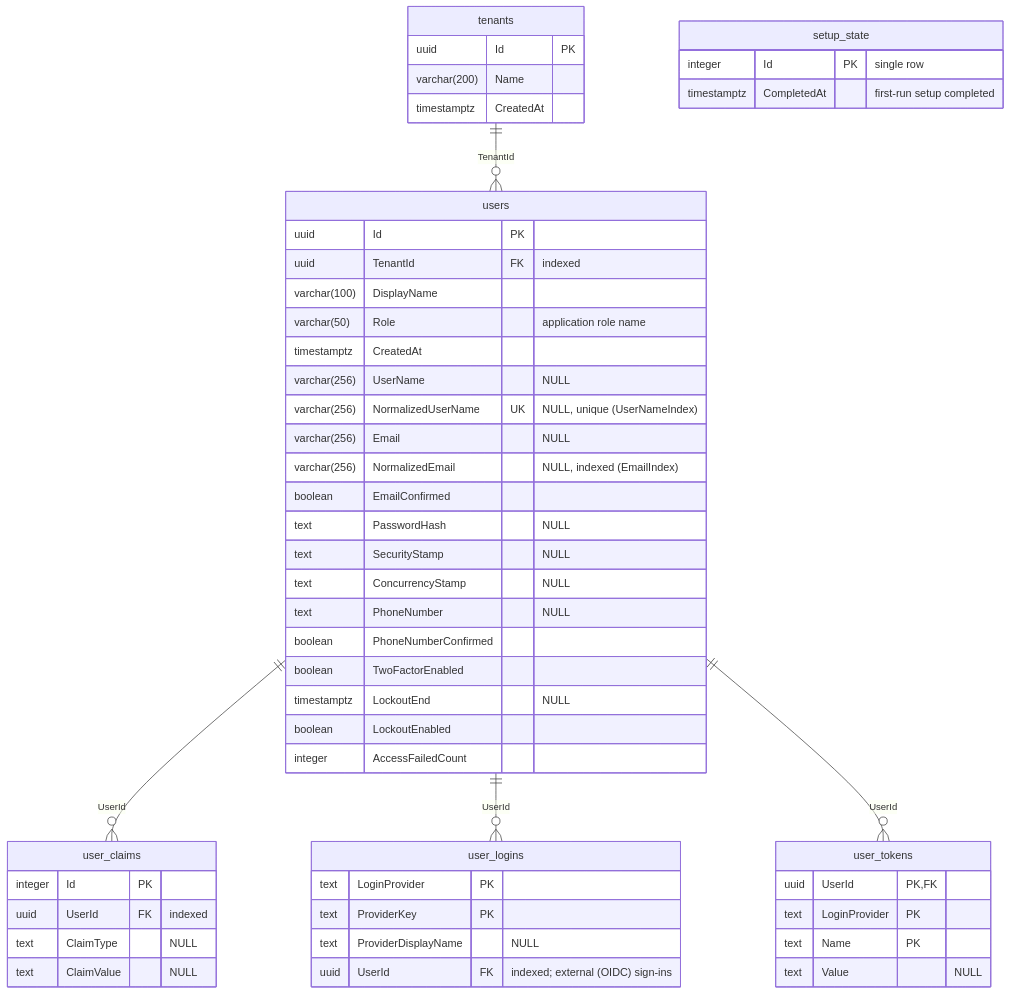
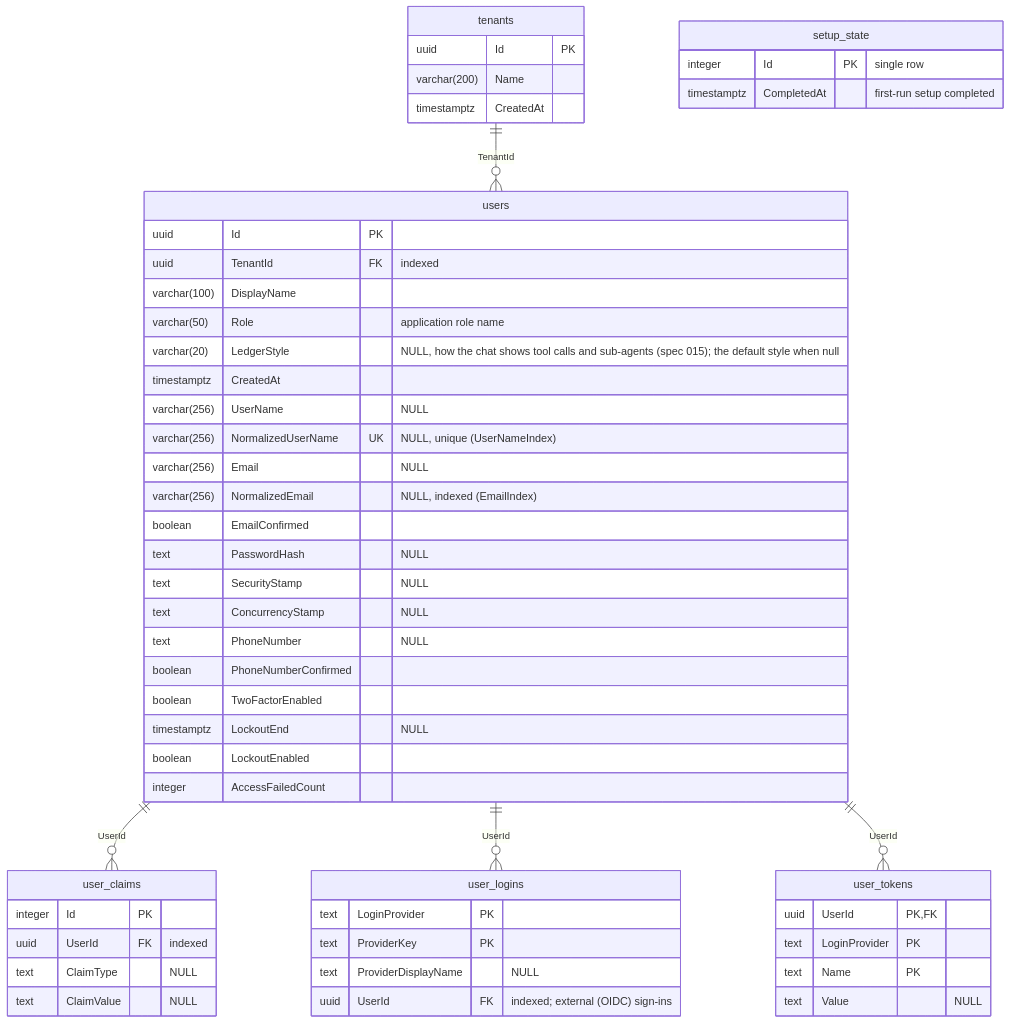
The second of 5 diagrams in docs/database-schema.md (claudiom248/quorum), drawn with Mermaid before and after one commit. The commit also changed other lines of this file and 4 other files, not shown here.

Commit message:
docs: schema snapshot, glossary and admin guide for agents and delegation (spec 013) (#176)

````diff
--- a/docs/database-schema.md
+++ b/docs/database-schema.md
@@ -88,61 +94,62 @@
 ```mermaid
 erDiagram
     tenants ||--o{ users : "TenantId"
     users ||--o{ user_claims : "UserId"
     users ||--o{ user_logins : "UserId"
     users ||--o{ user_tokens : "UserId"
 
     tenants {
         uuid Id PK
         varchar(200) Name
         timestamptz CreatedAt
     }
 
     users {
         uuid Id PK
         uuid TenantId FK "indexed"
         varchar(100) DisplayName
         varchar(50) Role "application role name"
+        varchar(20) LedgerStyle "NULL, how the chat shows tool calls and sub-agents (spec 015); the default style when null"
         timestamptz CreatedAt
         varchar(256) UserName "NULL"
         varchar(256) NormalizedUserName UK "NULL, unique (UserNameIndex)"
         varchar(256) Email "NULL"
         varchar(256) NormalizedEmail "NULL, indexed (EmailIndex)"
         boolean EmailConfirmed
         text PasswordHash "NULL"
         text SecurityStamp "NULL"
         text ConcurrencyStamp "NULL"
         text PhoneNumber "NULL"
         boolean PhoneNumberConfirmed
         boolean TwoFactorEnabled
         timestamptz LockoutEnd "NULL"
         boolean LockoutEnabled
         integer AccessFailedCount
     }
 
     user_claims {
         integer Id PK
         uuid UserId FK "indexed"
         text ClaimType "NULL"
         text ClaimValue "NULL"
     }
 
     user_logins {
         text LoginProvider PK
         text ProviderKey PK
         text ProviderDisplayName "NULL"
         uuid UserId FK "indexed; external (OIDC) sign-ins"
     }
 
     user_tokens {
         uuid UserId PK, FK
         text LoginProvider PK
         text Name PK
         text Value "NULL"
     }
 
     setup_state {
         integer Id PK "single row"
         timestamptz CompletedAt "first-run setup completed"
     }
 ```
````
